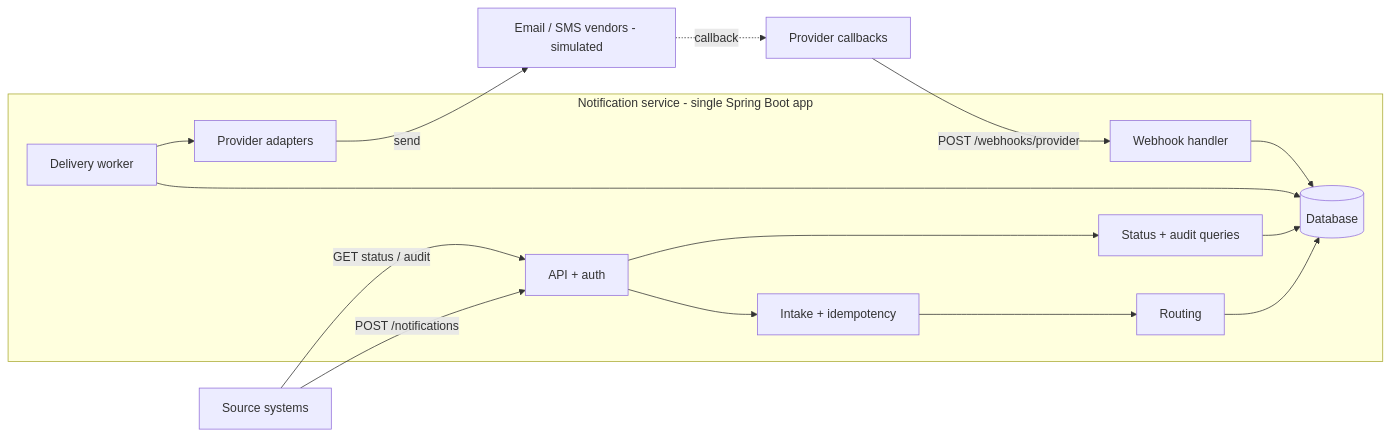
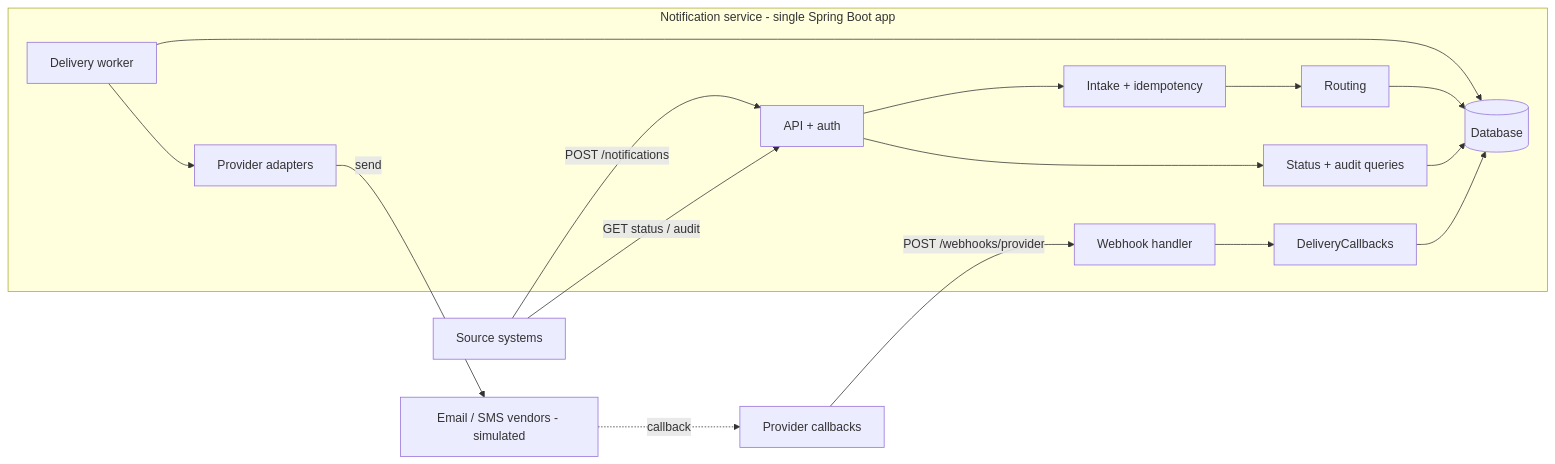
The first of 6 diagrams in docs/architecture.md (radwara/nms), drawn with Mermaid before and after one commit. The commit also changed other lines of this file and 5 other files, not shown here.

Commit message:
docs: fix architecture and ADR drift found in milestone review (#13)

````diff
--- a/docs/architecture.md
+++ b/docs/architecture.md
@@ -9,19 +9,19 @@
 ```mermaid
 flowchart LR
     SRC[Source systems] -->|POST /notifications| API
     SRC -->|GET status / audit| API
     VND[Provider callbacks] -->|POST /webhooks/provider| HOOK
 
     subgraph NMS[Notification service - single Spring Boot app]
         API[API + auth] --> INTAKE[Intake + idempotency]
         INTAKE --> ROUTE[Routing]
         ROUTE --> DB[(Database)]
         WORKER[Delivery worker] --> DB
         WORKER --> PROV[Provider adapters]
-        HOOK[Webhook handler] --> DB
+        HOOK[Webhook handler] --> CB[DeliveryCallbacks] --> DB
         API --> STATUS[Status + audit queries] --> DB
     end
 
     PROV -->|send| EXT[Email / SMS vendors - simulated]
     EXT -.->|callback| VND
 ```
````
